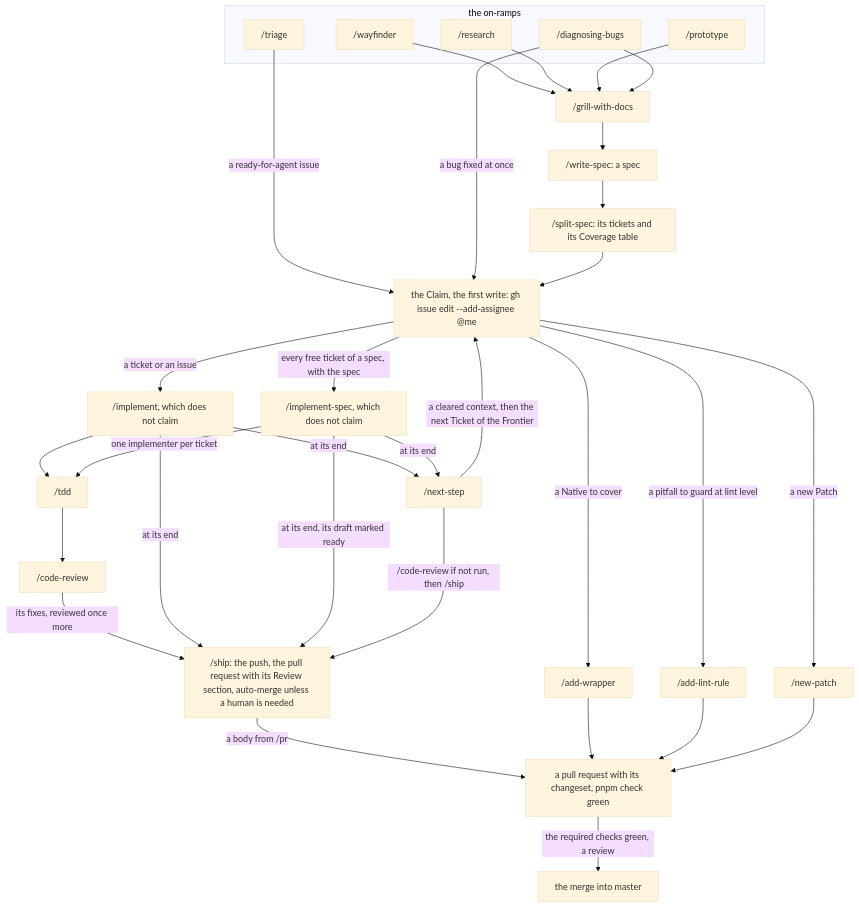
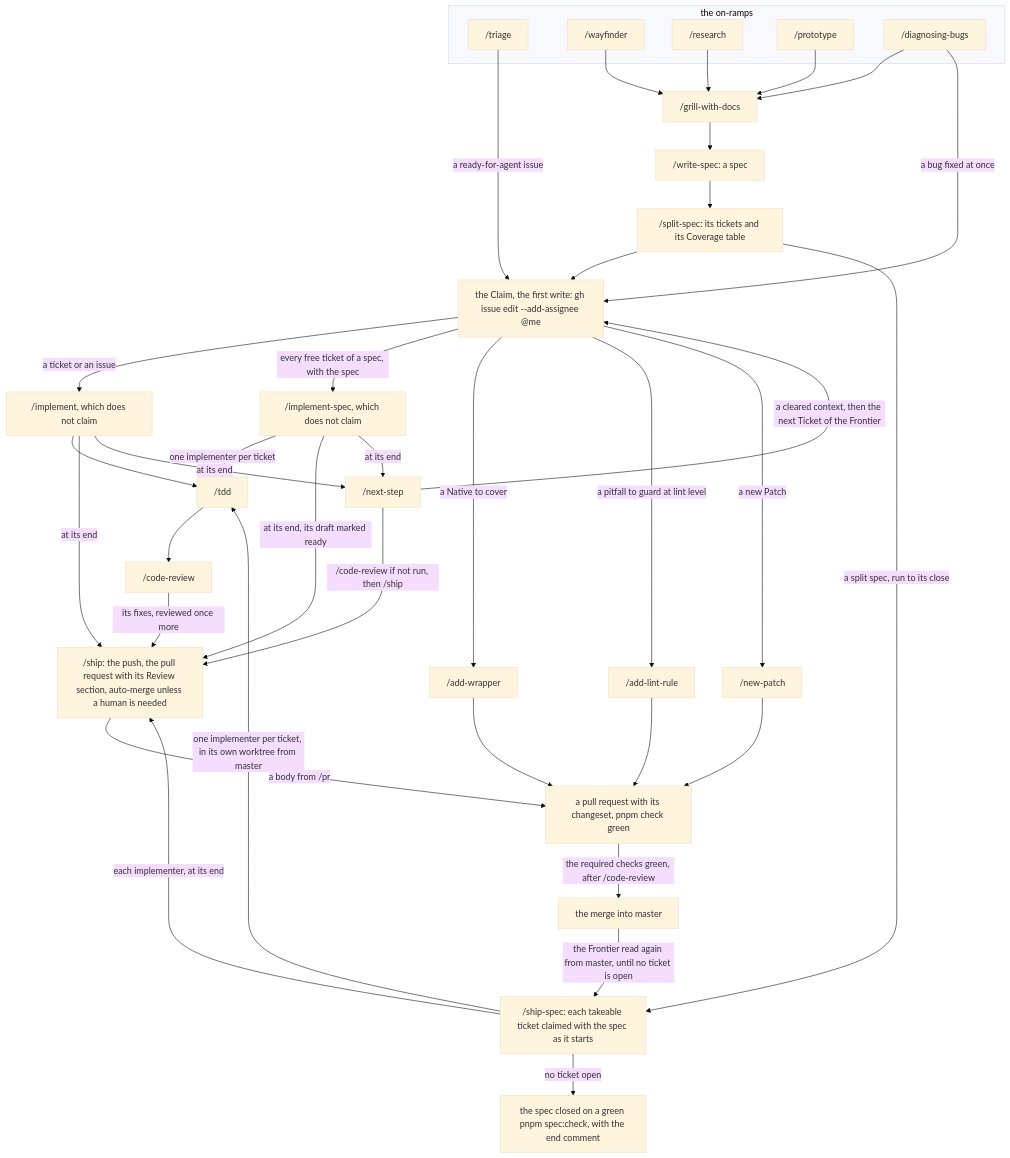
One commit to phmilk/reforged-ts changed the diagram in docs/agents/development-loop.md. Above: the diagram before and after it, drawn with Mermaid (base theme). The commit also changed other lines of this file and 12 other files, not shown here.

First line of the commit message:
feat(skills): ship-spec runs a split Spec from its Frontier to its close (#811, #812, #813) (#844)

````diff
--- a/docs/agents/development-loop.md
+++ b/docs/agents/development-loop.md
@@ -77,57 +77,64 @@
 ```mermaid
 flowchart TD
   %% diagram: development-loop
   %% covers: skills
   subgraph on_ramps["the on-ramps"]
     triage["/triage"]
     wayfinder["/wayfinder"]
     research["/research"]
     prototype["/prototype"]
     diagnosing_bugs["/diagnosing-bugs"]
   end
   grill_with_docs["/grill-with-docs"]
   write_spec["/write-spec: a spec"]
   split_spec["/split-spec: its tickets and its Coverage table"]
   claim["the Claim, the first write: gh issue edit --add-assignee @me"]
   implement["/implement, which does not claim"]
   implement_spec["/implement-spec, which does not claim"]
   tdd["/tdd"]
   code_review["/code-review"]
   next_step["/next-step"]
+  ship_spec["/ship-spec: each takeable ticket claimed with the spec as it starts"]
+  spec_closed["the spec closed on a green pnpm spec:check, with the end comment"]
   ship["/ship: the push, the pull request with its Review section, auto-merge unless a human is needed"]
   add_wrapper["/add-wrapper"]
   add_lint_rule["/add-lint-rule"]
   new_patch["/new-patch"]
   pull_request["a pull request with its changeset, pnpm check green"]
   merge["the merge into master"]
 
   wayfinder --> grill_with_docs
   research --> grill_with_docs
   prototype --> grill_with_docs
   diagnosing_bugs --> grill_with_docs
   triage -->|"a ready-for-agent issue"| claim
   diagnosing_bugs -->|"a bug fixed at once"| claim
   grill_with_docs --> write_spec
   write_spec --> split_spec
   split_spec --> claim
+  split_spec -->|"a split spec, run to its close"| ship_spec
   claim -->|"a ticket or an issue"| implement
   claim -->|"every free ticket of a spec, with the spec"| implement_spec
   claim -->|"a Native to cover"| add_wrapper
   claim -->|"a pitfall to guard at lint level"| add_lint_rule
   claim -->|"a new Patch"| new_patch
   implement --> tdd
   implement_spec -->|"one implementer per ticket"| tdd
+  ship_spec -->|"one implementer per ticket, in its own worktree from master"| tdd
   tdd --> code_review
   code_review -->|"its fixes, reviewed once more"| ship
   implement -->|"at its end"| ship
   implement_spec -->|"at its end, its draft marked ready"| ship
+  ship_spec -->|"each implementer, at its end"| ship
   ship -->|"a body from /pr"| pull_request
   add_wrapper --> pull_request
   add_lint_rule --> pull_request
   new_patch --> pull_request
-  pull_request -->|"the required checks green, a review"| merge
+  pull_request -->|"the required checks green, after /code-review"| merge
+  merge -->|"the Frontier read again from master, until no ticket is open"| ship_spec
+  ship_spec -->|"no ticket open"| spec_closed
   implement -->|"at its end"| next_step
   implement_spec -->|"at its end"| next_step
   next_step -->|"/code-review if not run, then /ship"| ship
   next_step -->|"a cleared context, then the next Ticket of the Frontier"| claim
 ```
````
